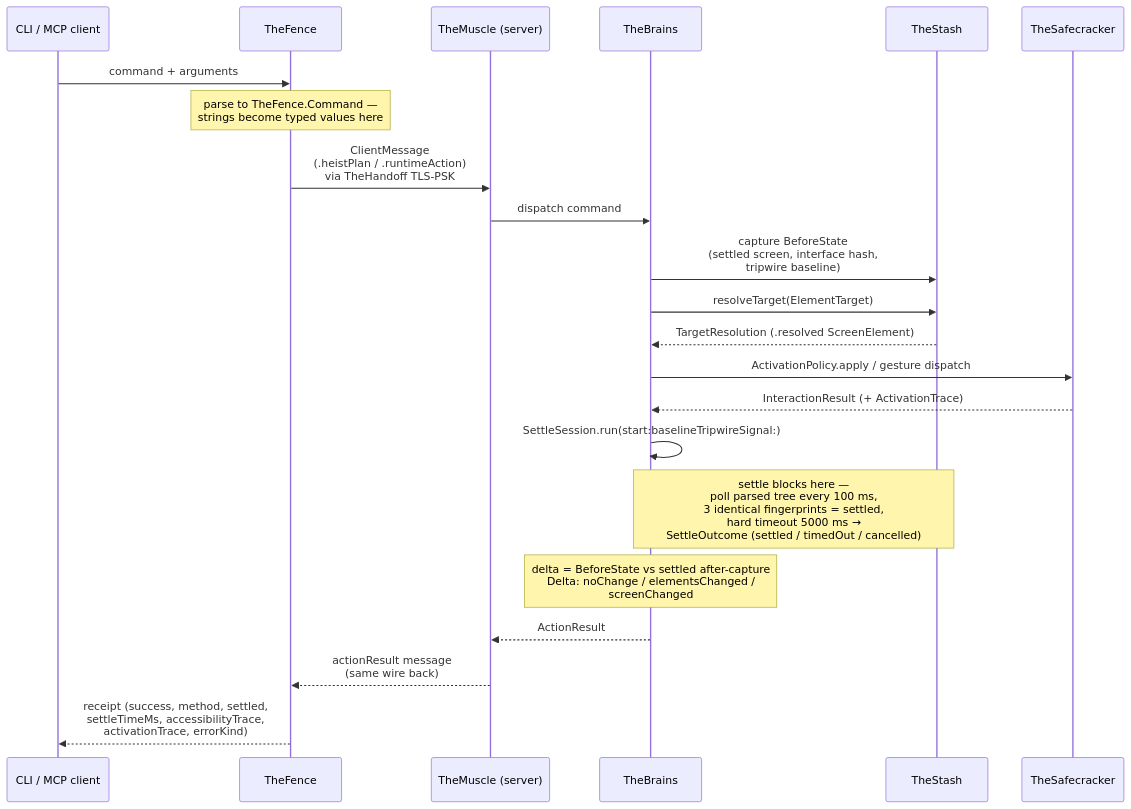
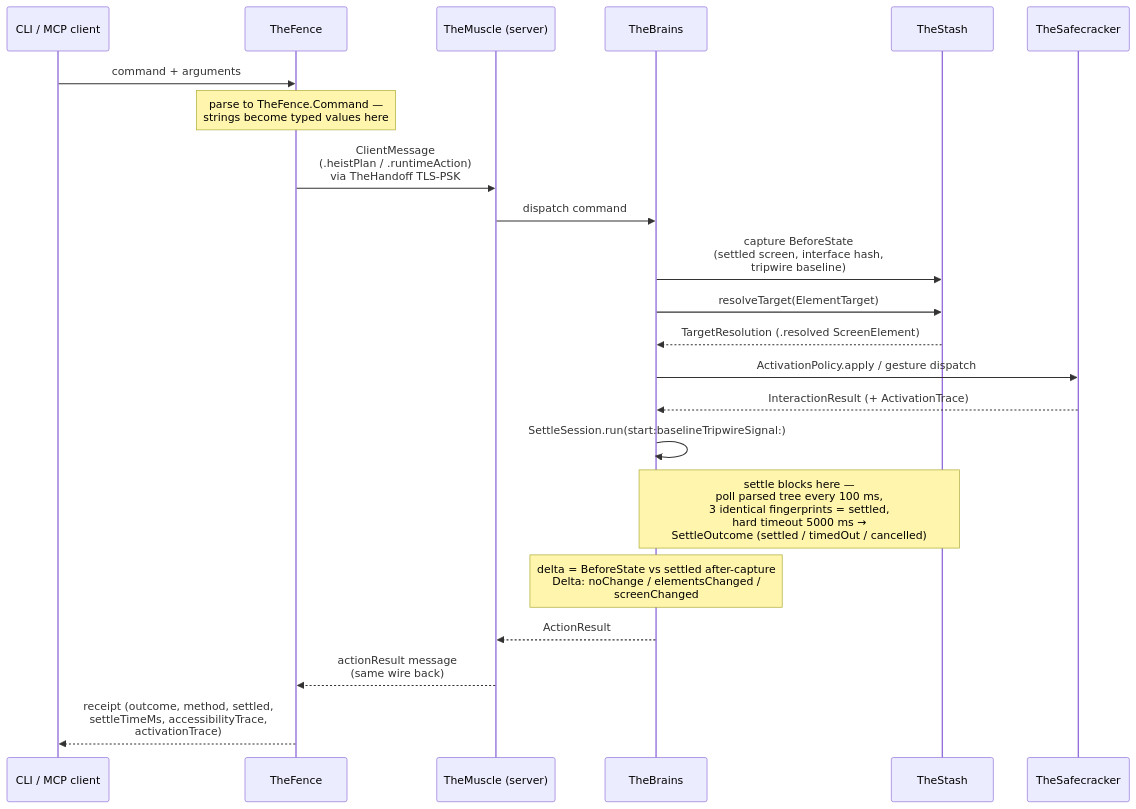
Before and after one commit to RoyalPineapple/TheButtonHeist: the diagram in docs/diagrams/action-pipeline.md, drawn with Mermaid. The commit also changed 35 other files, not shown here.

````diff
--- a/docs/diagrams/action-pipeline.md
+++ b/docs/diagrams/action-pipeline.md
@@ -8,25 +8,25 @@
 ```mermaid
 sequenceDiagram
     participant Client as CLI / MCP client
     participant Fence as TheFence
     participant Muscle as TheMuscle (server)
     participant Brains as TheBrains
     participant Stash as TheStash
     participant Safecracker as TheSafecracker
 
     Client->>Fence: command + arguments
     Note over Fence: parse to TheFence.Command —<br/>strings become typed values here
     Fence->>Muscle: ClientMessage<br/>(.heistPlan / .runtimeAction)<br/>via TheHandoff TLS-PSK
     Muscle->>Brains: dispatch command
     Brains->>Stash: capture BeforeState<br/>(settled screen, interface hash,<br/>tripwire baseline)
     Brains->>Stash: resolveTarget(ElementTarget)
     Stash-->>Brains: TargetResolution (.resolved ScreenElement)
     Brains->>Safecracker: ActivationPolicy.apply / gesture dispatch
     Safecracker-->>Brains: InteractionResult (+ ActivationTrace)
     Brains->>Brains: SettleSession.run(start:baselineTripwireSignal:)
     Note over Brains,Stash: settle blocks here —<br/>poll parsed tree every 100 ms,<br/>3 identical fingerprints = settled,<br/>hard timeout 5000 ms →<br/>SettleOutcome (settled / timedOut / cancelled)
     Note over Brains: delta = BeforeState vs settled after-capture<br/>Delta: noChange / elementsChanged /<br/>screenChanged
     Brains-->>Muscle: ActionResult
     Muscle-->>Fence: actionResult message<br/>(same wire back)
-    Fence-->>Client: receipt (success, method, settled,<br/>settleTimeMs, accessibilityTrace,<br/>activationTrace, errorKind)
+    Fence-->>Client: receipt (outcome, method, settled,<br/>settleTimeMs, accessibilityTrace,<br/>activationTrace)
 ```
````
